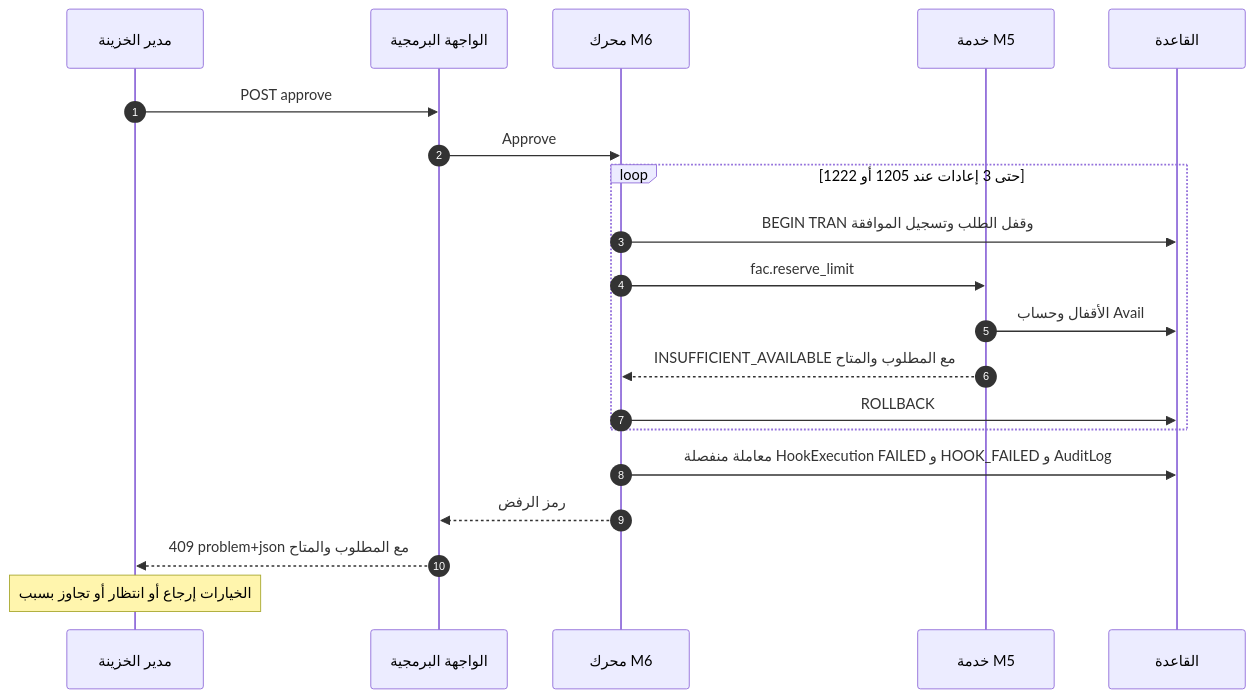
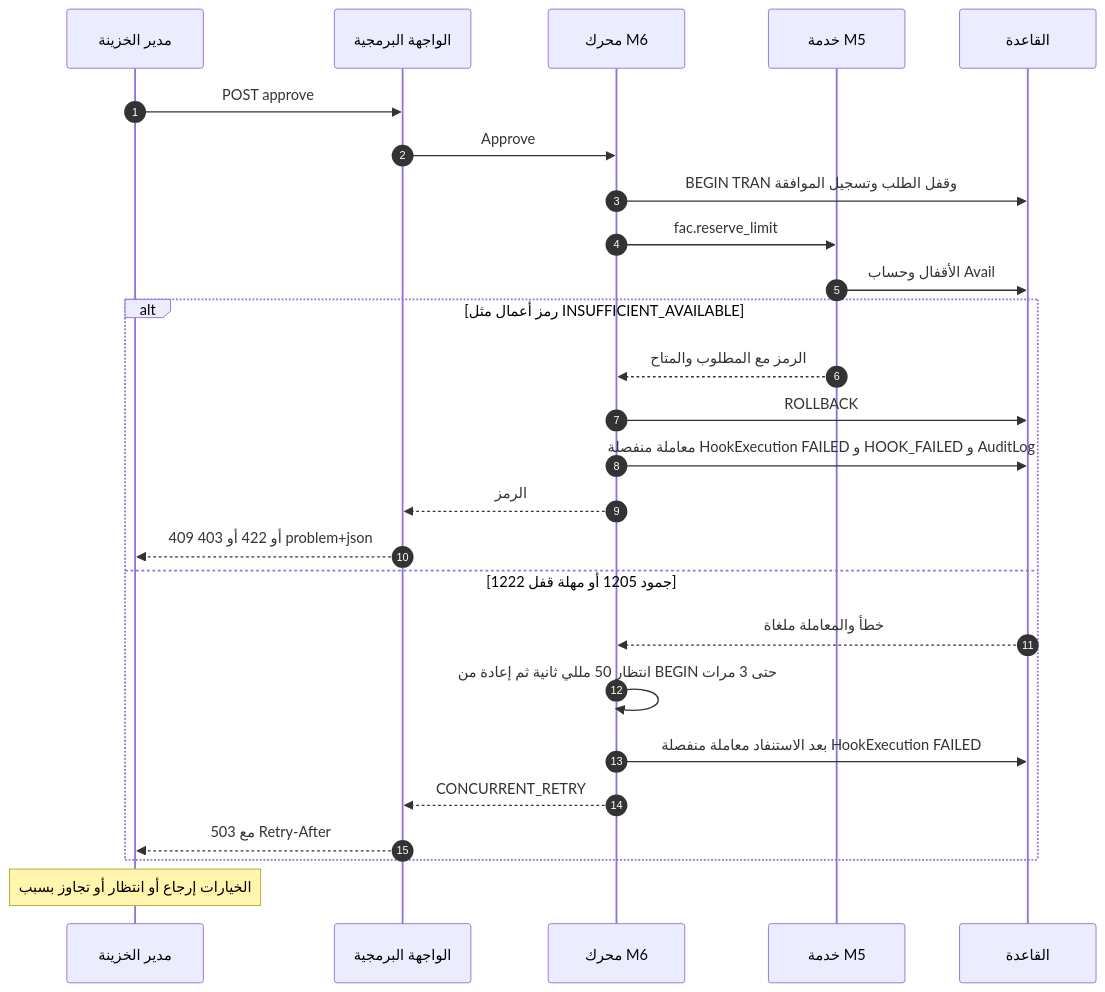
Before and after one commit to thawrasy/smartlines: the second of 2 diagrams in treasury-platform/docs/30-readiness/DOC-F11-request-approval-limit-reservation-sequence.md, drawn with Mermaid. The commit also changed other lines of this file and 2 other files, not shown here.

Commit message:
WIP: P1 and P2 readiness drafts (in progress)
Claude-Session: https://claude.ai/code/session_012HHcRrzuvMBTL2FYxXtsyv

````diff
--- a/treasury-platform/docs/30-readiness/DOC-F11-request-approval-limit-reservation-sequence.md
+++ b/treasury-platform/docs/30-readiness/DOC-F11-request-approval-limit-reservation-sequence.md
@@ -150,22 +150,28 @@
 ```mermaid
 sequenceDiagram
   autonumber
   participant TM as مدير الخزينة
   participant API as الواجهة البرمجية
   participant WFL as محرك M6
   participant FAC as خدمة M5
   participant DB as القاعدة
   TM->>API: POST approve
   API->>WFL: Approve
-  loop حتى 3 إعادات عند 1205 أو 1222
-    WFL->>DB: BEGIN TRAN وقفل الطلب وتسجيل الموافقة
-    WFL->>FAC: fac.reserve_limit
-    FAC->>DB: الأقفال وحساب Avail
-    FAC-->>WFL: INSUFFICIENT_AVAILABLE مع المطلوب والمتاح
+  WFL->>DB: BEGIN TRAN وقفل الطلب وتسجيل الموافقة
+  WFL->>FAC: fac.reserve_limit
+  FAC->>DB: الأقفال وحساب Avail
+  alt رمز أعمال مثل INSUFFICIENT_AVAILABLE
+    FAC-->>WFL: الرمز مع المطلوب والمتاح
     WFL->>DB: ROLLBACK
+    WFL->>DB: معاملة منفصلة HookExecution FAILED و HOOK_FAILED و AuditLog
+    WFL-->>API: الرمز
+    API-->>TM: 409 أو 422 أو 403 problem+json
+  else جمود 1205 أو مهلة قفل 1222
+    DB-->>WFL: خطأ والمعاملة ملغاة
+    WFL->>WFL: انتظار 50 مللي ثانية ثم إعادة من BEGIN حتى 3 مرات
+    WFL->>DB: بعد الاستنفاد معاملة منفصلة HookExecution FAILED
+    WFL-->>API: CONCURRENT_RETRY
+    API-->>TM: 503 مع Retry-After
   end
-  WFL->>DB: معاملة منفصلة HookExecution FAILED و HOOK_FAILED و AuditLog
-  WFL-->>API: رمز الرفض
-  API-->>TM: 409 problem+json مع المطلوب والمتاح
   Note over TM: الخيارات إرجاع أو انتظار أو تجاوز بسبب
 ```
````
